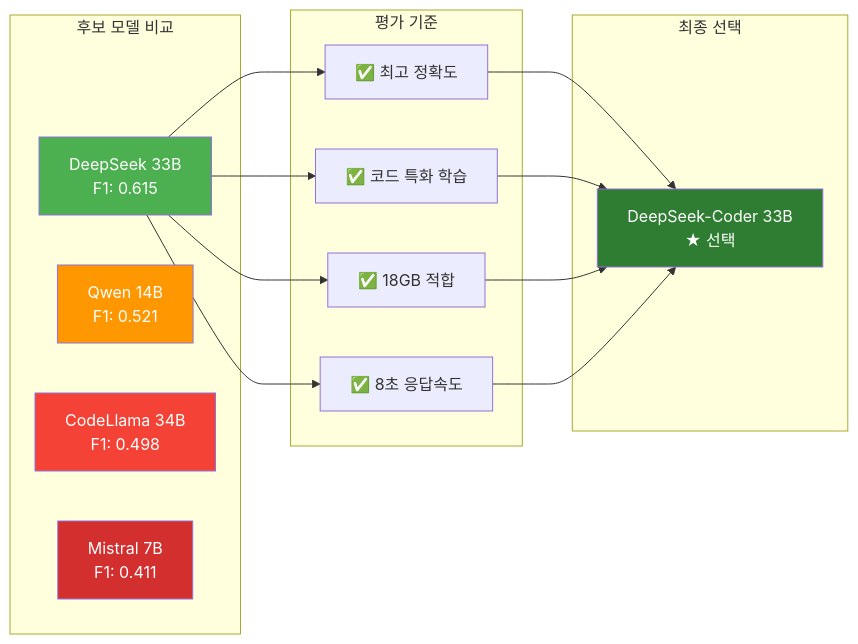
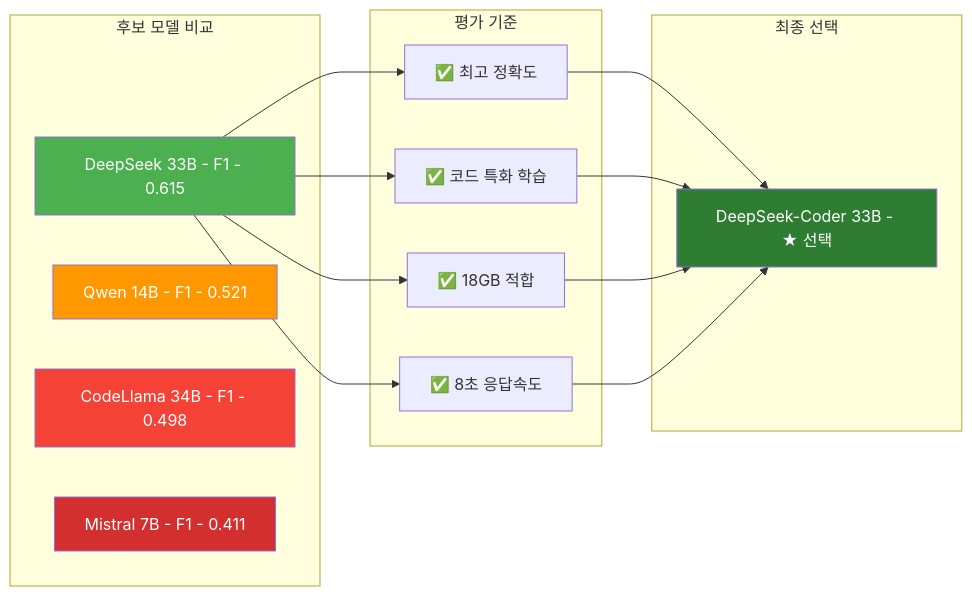
The fifth of 39 diagrams in PRESENTATION.md (ApeachM/llm-code-reviewer), drawn with Mermaid before and after one commit. The commit also changed other lines of this file, not shown here.

First line of the commit message:
fix: Replace special characters in Mermaid node labels for compatibility

````diff
--- a/PRESENTATION.md
+++ b/PRESENTATION.md
@@ -165,29 +166,29 @@
 ```mermaid
 graph LR
     subgraph "후보 모델 비교"
-        M1[DeepSeek 33B<br/>F1: 0.615]
-        M2[Qwen 14B<br/>F1: 0.521]
-        M3[CodeLlama 34B<br/>F1: 0.498]
-        M4[Mistral 7B<br/>F1: 0.411]
+        M1[DeepSeek 33B - F1 - 0.615]
+        M2[Qwen 14B - F1 - 0.521]
+        M3[CodeLlama 34B - F1 - 0.498]
+        M4[Mistral 7B - F1 - 0.411]
     end
 
     subgraph "평가 기준"
         M1 --> C1[✅ 최고 정확도]
         M1 --> C2[✅ 코드 특화 학습]
         M1 --> C3[✅ 18GB 적합]
         M1 --> C4[✅ 8초 응답속도]
     end
 
     subgraph "최종 선택"
-        C1 --> Winner[DeepSeek-Coder 33B<br/>★ 선택]
+        C1 --> Winner[DeepSeek-Coder 33B - ★ 선택]
         C2 --> Winner
         C3 --> Winner
         C4 --> Winner
     end
 
     style M1 fill:#4caf50,color:#fff
     style Winner fill:#2e7d32,color:#fff
     style M2 fill:#ff9800,color:#fff
     style M3 fill:#f44336,color:#fff
     style M4 fill:#d32f2f,color:#fff
 ```
````
